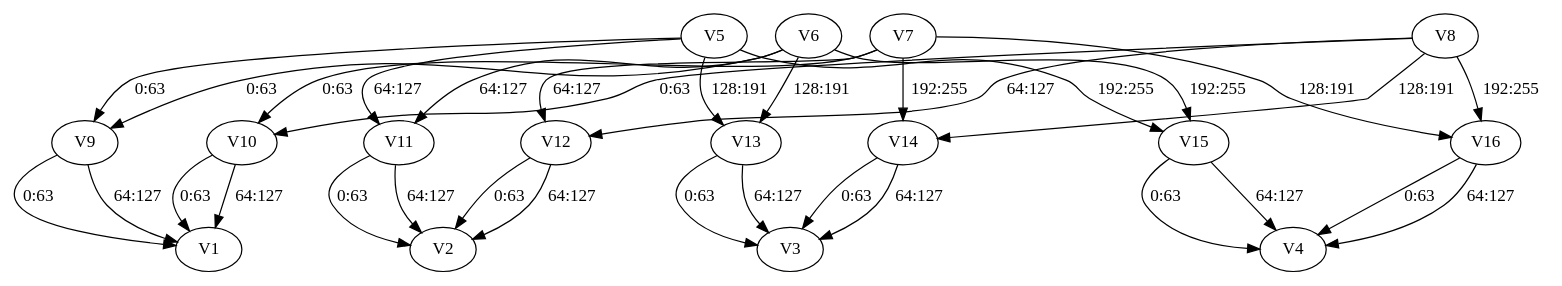
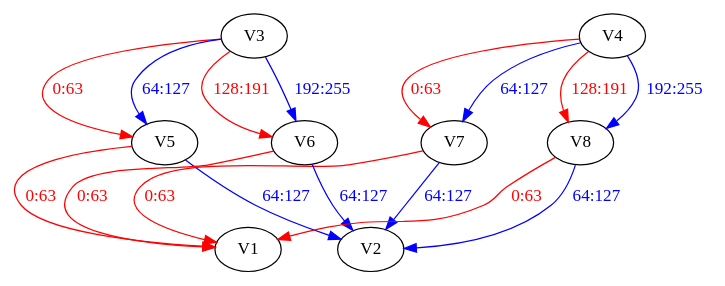
One commit to wangdi4/llvm changed the third of 4 diagrams in llvm/docs/Intel/Analysis/Intel_OptVLS.rst. Above: the diagram before and after it, drawn with Graphviz. The commit also changed other lines of this file and 3 other files, not shown here.

Commit message:
[[scsel-bdw-04-17535]] Simplified the initial graph and supported an iterative optimizer Old/split llvm commit ID: 2f0467a5a4c1675f181e64a4d4729e3f145cd363

```diff
--- a/llvm/docs/Intel/Analysis/Intel_OptVLS.rst
+++ b/llvm/docs/Intel/Analysis/Intel_OptVLS.rst
@@ -543,71 +976,38 @@
 .. graphviz::
 
    digraph Initial_Graph {
 
       graph[ordering=in];
 
-      V5 -> V15[label="192:255",weight="192:255"];
+      V3 -> V5[fontcolor=red, color=red, label="0:63",weight="0:63"];
 
-      V6 -> V15[label="192:255",weight="192:255"];
+      V4 -> V7[fontcolor=red, color=red, label="0:63",weight="0:63"];
 
-      V7 -> V16[label="128:191",weight="128:191"];
+      V3 -> V5[fontcolor=blue, color=blue, label="64:127",weight="64:127"];
 
-      V8 -> V16[label="192:255",weight="192:255"];
+      V4 -> V7[fontcolor=blue, color=blue, label="64:127",weight="64:127"];
 
-      V5 -> V11[label="64:127",weight="64:127"];
+      V3 -> V6[fontcolor=red, color=red, label="128:191",weight="128:191"];
 
-      V6 -> V11[label="64:127",weight="64:127"];
+      V4 -> V8[fontcolor=red, color=red, label="128:191",weight="128:191"];
 
-      V7 -> V12[label="64:127",weight="64:127"];
+      V3 -> V6[fontcolor=blue, color=blue, label="192:255",weight="192:255"];
 
-      V8 -> V12[label="64:127",weight="64:127"];
+      V4 -> V8[fontcolor=blue, color=blue, label="192:255",weight="192:255"];
 
-      V5 -> V9[label="0:63",weight="0:63"];
+      V5 -> V1[fontcolor=red, color=red, label="0:63",weight="0:63"];
 
-      V6 -> V9[label="0:63",weight="0:63"];
+      V6 -> V1[fontcolor=red, color=red, label="0:63",weight="0:63"];
 
-      V7 -> V10[label="0:63",weight="0:63"];
+      V7 -> V1[fontcolor=red, color=red, label="0:63",weight="0:63"];
 
-      V8 -> V10[label="0:63",weight="0:63"];
+      V8 -> V1[fontcolor=red, color=red, label="0:63",weight="0:63"];
 
-      V5 -> V13[label="128:191",weight="128:191"];
+      V5 -> V2[fontcolor=blue, color=blue, label="64:127",weight="64:127"];
 
-      V6 -> V13[label="128:191",weight="128:191"];
+      V6 -> V2[fontcolor=blue, color=blue, label="64:127",weight="64:127"];
 
-      V7 -> V14[label="192:255",weight="192:255"];
+      V7 -> V2[fontcolor=blue, color=blue, label="64:127",weight="64:127"];
 
-      V8 -> V14[label="128:191",weight="128:191"];
-
-      V15 -> V4[label="0:63",weight="0:63"];
-
-      V15 -> V4[label="64:127",weight="64:127"];
-
-      V16 -> V4[label="0:63",weight="0:63"];
-
-      V16 -> V4[label="64:127",weight="64:127"];
-
-      V11 -> V2[label="0:63",weight="0:63"];
-
-      V11 -> V2[label="64:127",weight="64:127"];
-
-      V12 -> V2[label="0:63",weight="0:63"];
-
-      V12 -> V2[label="64:127",weight="64:127"];
-
-      V9 -> V1[label="0:63",weight="0:63"];
-
-      V9 -> V1[label="64:127",weight="64:127"];
-
-      V10 -> V1[label="0:63",weight="0:63"];
-
-      V10 -> V1[label="64:127",weight="64:127"];
-
-      V13 -> V3[label="0:63",weight="0:63"];
-
-      V13 -> V3[label="64:127",weight="64:127"];
-
-      V14 -> V3[label="0:63",weight="0:63"];
-
-      V14 -> V3[label="64:127",weight="64:127"];
-
+      V8 -> V2[fontcolor=blue, color=blue, label="64:127",weight="64:127"];
    }
```
